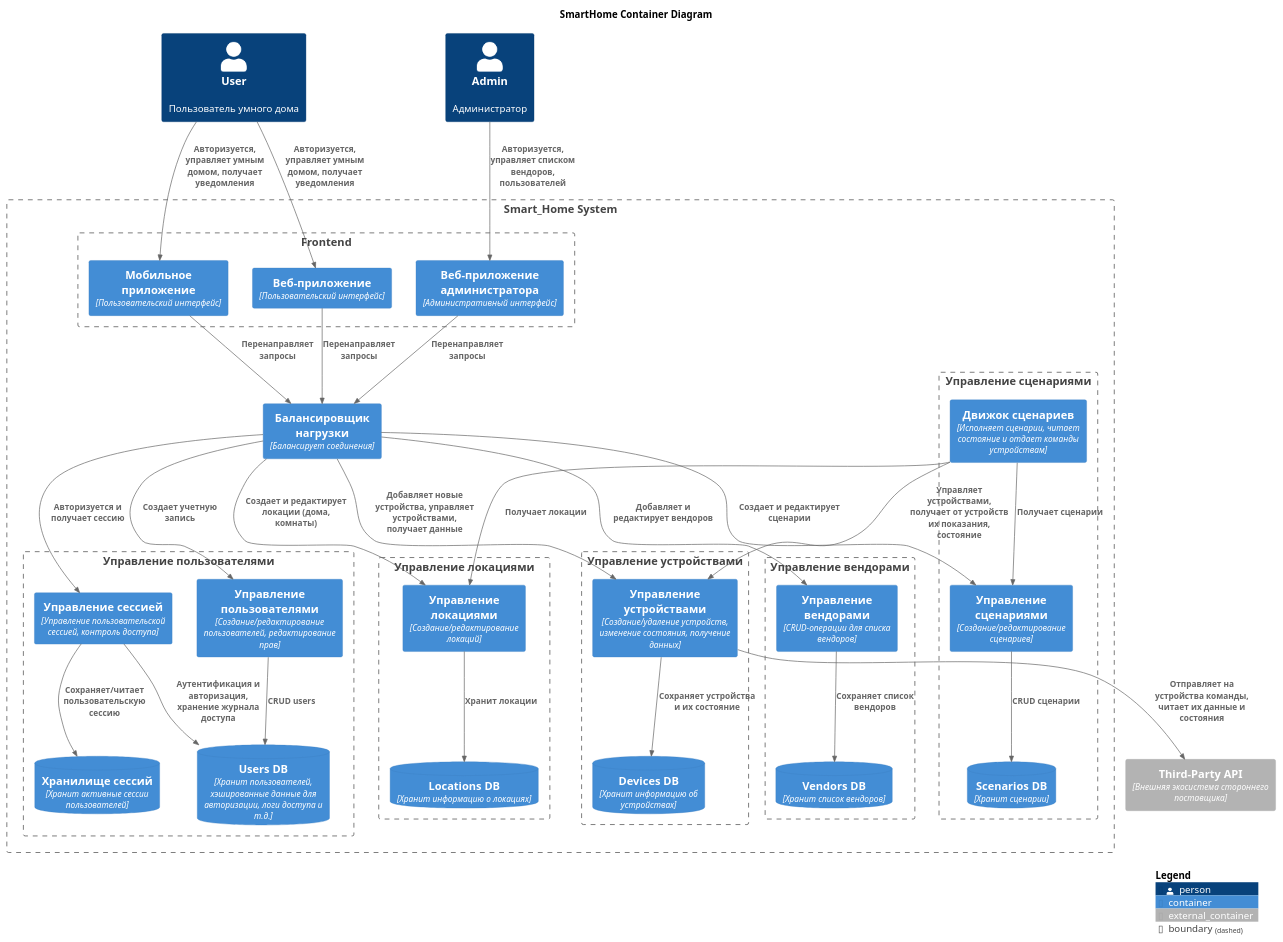
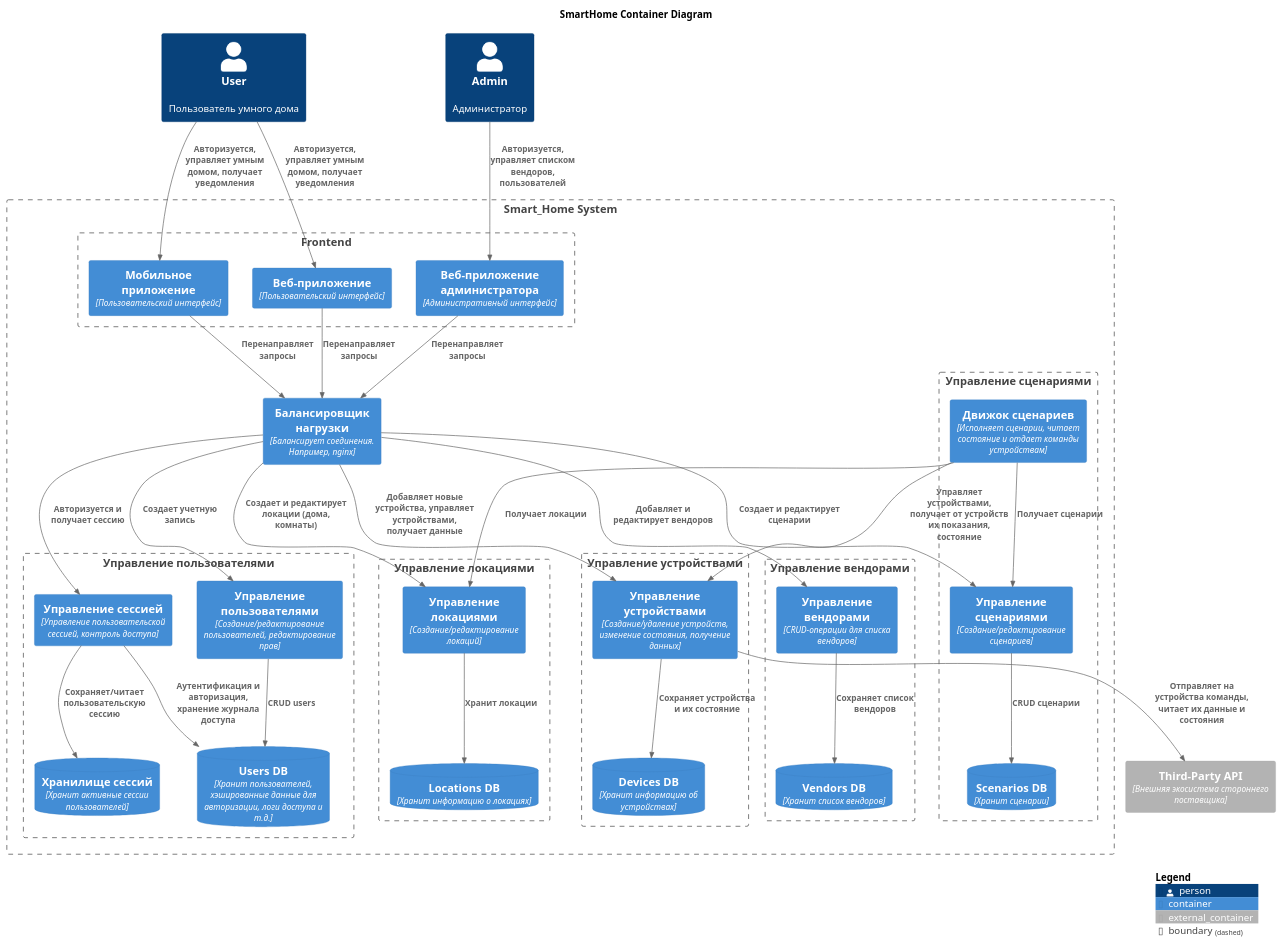
One commit to aputintsev/architecture-warmhouse changed the diagram in docs/plantuml/Containers_ToBe.puml. Above: the diagram before and after it, drawn with PlantUML. The commit also changed 10 other files, not shown here.

```diff
--- a/docs/plantuml/Containers_ToBe.puml
+++ b/docs/plantuml/Containers_ToBe.puml
@@ -1,72 +1,72 @@
 @startuml
 title SmartHome Container Diagram
 
 !include <C4/C4_Container>
 'LAYOUT_LANDSCAPE()
 
 Person(user, "User", "Пользователь умного дома")
 Person(admin, "Admin", "Администратор")
 
 Boundary(smartHomeSystem, "Smart_Home System") {
     Boundary(frontend, "Frontend") {
         Container(mobileApp, "Мобильное приложение", "Пользовательский интерфейс")
         Container(webApp, "Веб-приложение", "Пользовательский интерфейс")
         Container(backofficeApp, "Веб-приложение администратора", "Административный интерфейс")
     }
-    Container(loadBalancer, "Балансировщик нагрузки", "Балансирует соединения")
+    Container(loadBalancer, "Балансировщик нагрузки", "Балансирует соединения. Например, nginx")
     Boundary(manageVendorsSystem, "Управление вендорами") {
         Container(vendorManagement, "Управление вендорами", "CRUD-операции для списка вендоров")
         ContainerDb(vendorsDb, "Vendors DB", "Хранит список вендоров")
     }
     Boundary(manageUsersSystem, "Управление пользователями") {
         Container(userManagement, "Управление пользователями", "Создание/редактирование пользователей, редактирование прав")
         ContainerDb(usersDb, "Users DB", "Хранит пользователей, хэшированные данные для авторизации, логи доступа и т.д.")
         Container(sessionManagement, "Управление сессией", "Управление пользовательской сессией, контроль доступа")
         ContainerDb(sessionDb, "Хранилище сессий", "Хранит активные сессии пользователей")
     }
     Boundary(manageScenarios, "Управление сценариями") {
         Container(scenarioEngine, "Движок сценариев", "Исполняет сценарии, читает состояние и отдает команды устройствам")
         Container(scenarioManagement, "Управление сценариями", "Создание/редактирование сценариев")
         ContainerDb(scenariosDb, "Scenarios DB", "Хранит сценарии")
     }
     Boundary(manageDevices, "Управление устройствами") {
         Container(deviceManagement, "Управление устройствами", "Создание/удаление устройств, изменение состояния, получение данных")
         ContainerDb(devicesDb, "Devices DB", "Хранит информацию об устройствах")
     }
     Boundary(manageLocations, "Управление локациями") {
         Container(locationManagement, "Управление локациями", "Создание/редактирование локаций")
         ContainerDb(locationsDb, "Locations DB", "Хранит информацию о локациях")
     }
 }
 Container_Ext(externalApi, "Third-Party API", "Внешняя экосистема стороннего поставщика")
 
 Rel(admin, backofficeApp, "Авторизуется, управляет списком вендоров, пользователей")
 Rel(user, mobileApp, "Авторизуется, управляет умным домом, получает уведомления")
 Rel(user, webApp, "Авторизуется, управляет умным домом, получает уведомления")
 
 Rel(mobileApp, loadBalancer, "Перенаправляет запросы")
 Rel(webApp, loadBalancer, "Перенаправляет запросы")
 Rel(backofficeApp, loadBalancer, "Перенаправляет запросы")
 
 Rel(loadBalancer, userManagement, "Создает учетную запись")
 Rel(loadBalancer, sessionManagement, "Авторизуется и получает сессию")
 Rel(loadBalancer, scenarioManagement, "Создает и редактирует сценарии")
 Rel(loadBalancer, locationManagement, "Создает и редактирует локации (дома, комнаты)")
 Rel(loadBalancer, deviceManagement, "Добавляет новые устройства, управляет устройствами, получает данные")
 Rel(loadBalancer, vendorManagement, "Добавляет и редактирует вендоров")
 
 Rel(scenarioEngine, deviceManagement, "Управляет устройствами, получает от устройств их показания, состояние")
 Rel(scenarioEngine, locationManagement, "Получает локации")
 Rel(scenarioEngine, scenarioManagement, "Получает сценарии")
 
 Rel(deviceManagement, externalApi, "Отправляет на устройства команды, читает их данные и состояния")
 Rel(userManagement, usersDb, "CRUD users")
 Rel(sessionManagement, usersDb, "Аутентификация и авторизация, хранение журнала доступа")
 Rel(sessionManagement, sessionDb, "Сохраняет/читает пользовательскую сессию")
 Rel(scenarioManagement, scenariosDb, "CRUD сценарии")
 Rel(locationManagement, locationsDb, "Хранит локации")
 Rel(deviceManagement, devicesDb, "Сохраняет устройства и их состояние")
 Rel(vendorManagement, vendorsDb, "Сохраняет список вендоров")
 
 SHOW_LEGEND()
 @enduml
```
